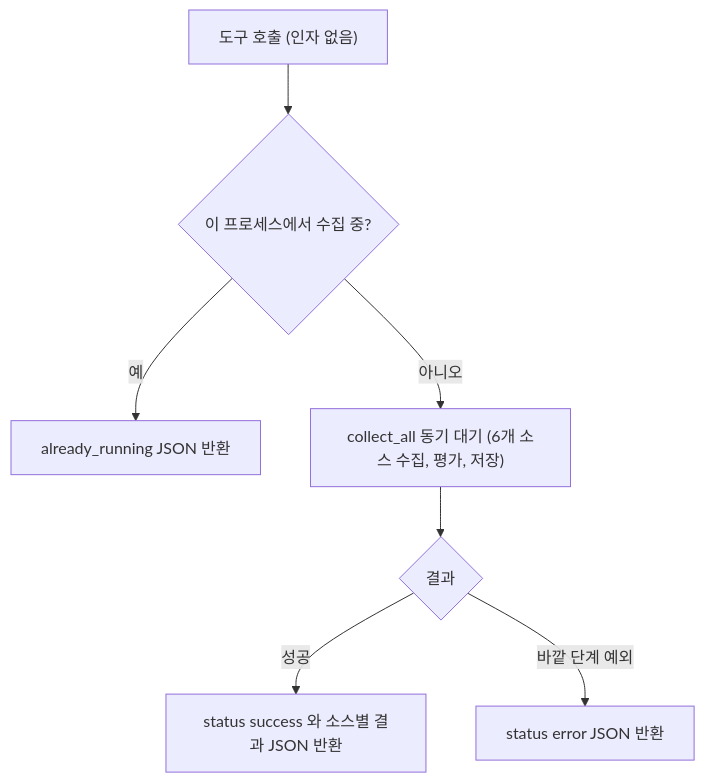
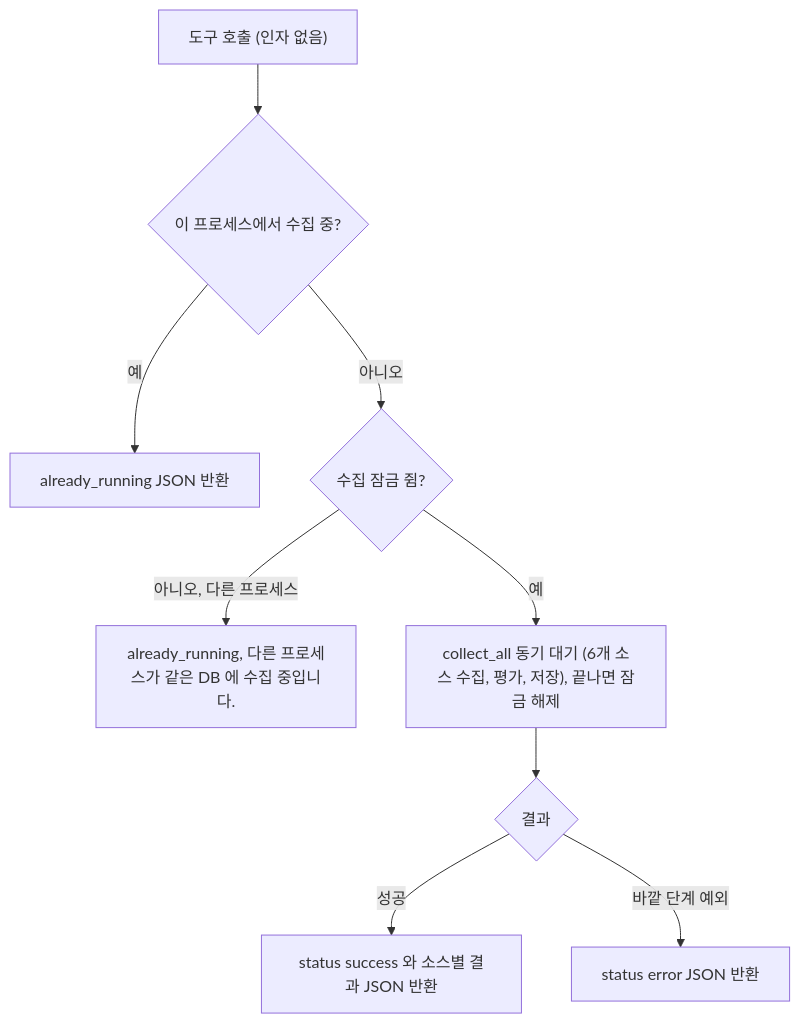
The fifth of 7 diagrams in docs/spec-writer/fsd/06_MCP_SERVER_SPECIFICATION.md (ozplayground/agent-lens), drawn with Mermaid before and after one commit. The commit also changed other lines of this file and 216 other files, not shown here.

````diff
--- a/docs/spec-writer/fsd/06_MCP_SERVER_SPECIFICATION.md
+++ b/docs/spec-writer/fsd/06_MCP_SERVER_SPECIFICATION.md
@@ -320,9 +325,11 @@
 ```mermaid
 flowchart TD
     A["도구 호출 (인자 없음)"] --> B{"이 프로세스에서 수집 중?"}
     B -->|예| C["already_running JSON 반환"]
-    B -->|아니오| D["collect_all 동기 대기 (6개 소스 수집, 평가, 저장)"]
+    B -->|아니오| L{"수집 잠금 쥠?"}
+    L -->|아니오, 다른 프로세스| C2["already_running, 다른 프로세스가 같은 DB 에 수집 중입니다."]
+    L -->|예| D["collect_all 동기 대기 (6개 소스 수집, 평가, 저장), 끝나면 잠금 해제"]
     D --> E{"결과"}
     E -->|성공| F["status success 와 소스별 결과 JSON 반환"]
     E -->|바깥 단계 예외| G["status error JSON 반환"]
 ```
````
